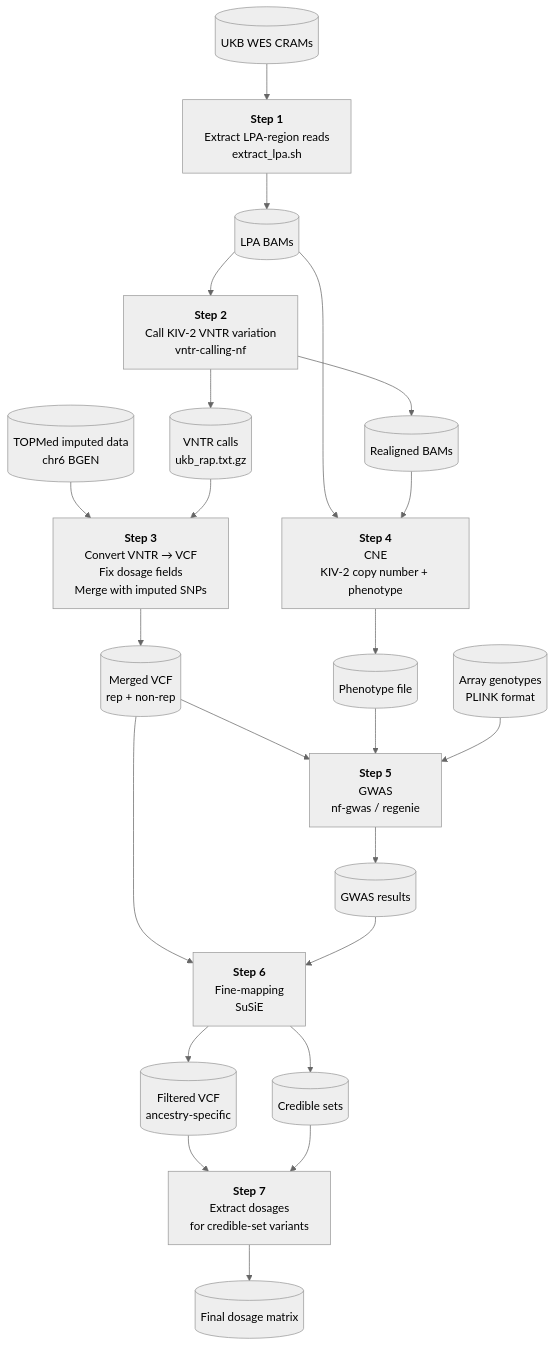
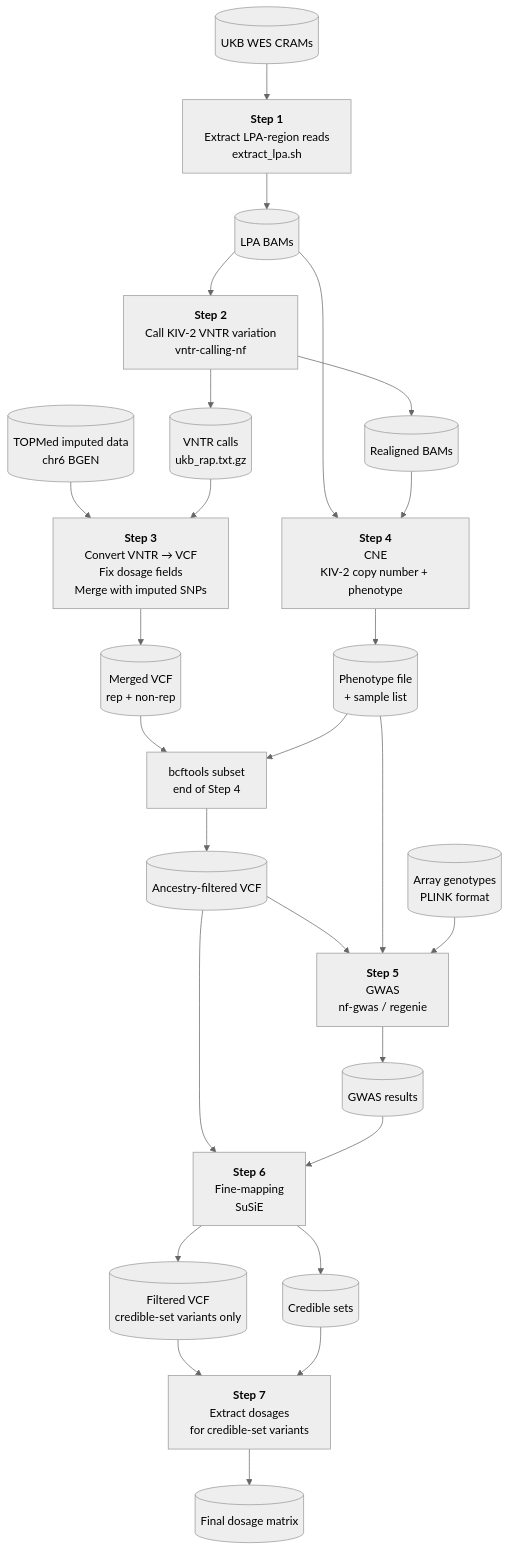
The diagram in README.md (genepi/vntr-gwas-framework), drawn with Mermaid (neutral theme) before and after one commit. The commit also changed other lines of this file and 1 other file, not shown here.

````diff
--- a/README.md
+++ b/README.md
@@ -252,60 +274,66 @@
 ```mermaid
 flowchart TD
     A[(UKB WES CRAMs)] --> S1
 
     S1["`**Step 1**
 Extract LPA-region reads
 extract_lpa.sh`"]
     S1 --> BAM[(LPA BAMs)]
 
     BAM --> S2
 
     S2["`**Step 2**
 Call KIV-2 VNTR variation
 vntr-calling-nf`"]
     S2 --> VNTR[(VNTR calls
 ukb_rap.txt.gz)]
     S2 --> RBAM[(Realigned BAMs)]
 
     T[(TOPMed imputed data
 chr6 BGEN)] --> S3
     VNTR --> S3
     S3["`**Step 3**
 Convert VNTR → VCF
 Fix dosage fields
 Merge with imputed SNPs`"]
     S3 --> MVCF[(Merged VCF
 rep + non-rep)]
 
     BAM --> S4
     RBAM --> S4
     S4["`**Step 4**
 CNE
 KIV-2 copy number + phenotype`"]
-    S4 --> PHENO[(Phenotype file)]
+    S4 --> PHENO[(Phenotype file
++ sample list)]
 
-    MVCF --> S5
+    MVCF --> FILTER["`bcftools subset
+end of Step 4`"]
+    PHENO --> FILTER
+    FILTER --> AFVCF[(Ancestry-filtered VCF)]
+
+    AFVCF --> S5
     PHENO --> S5
     G[(Array genotypes
 PLINK format)] --> S5
     S5["`**Step 5**
 GWAS
 nf-gwas / regenie`"]
     S5 --> GWAS[(GWAS results)]
 
-    MVCF --> S6
+    AFVCF --> S6
     GWAS --> S6
     S6["`**Step 6**
 Fine-mapping
 SuSiE`"]
     S6 --> CS[(Credible sets)]
     S6 --> FVCF[(Filtered VCF
-ancestry-specific)]
+credible-set variants only)]
 
     FVCF --> S7
     CS --> S7
     S7["`**Step 7**
 Extract dosages
 for credible-set variants`"]
     S7 --> OUT[(Final dosage matrix)]
 ```
````
